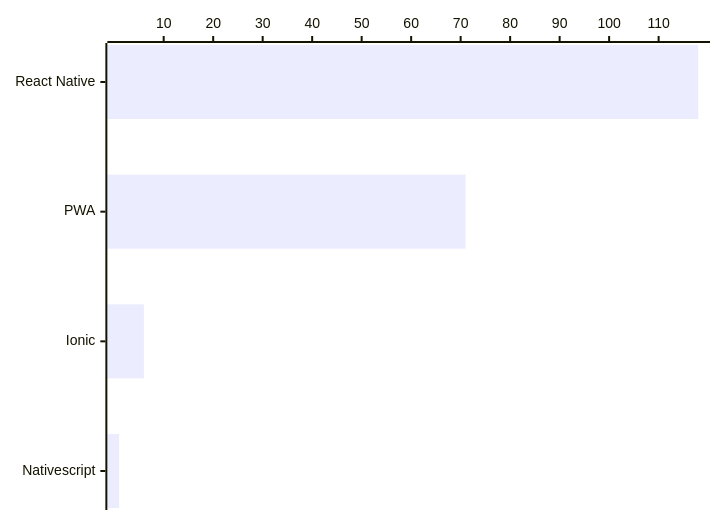
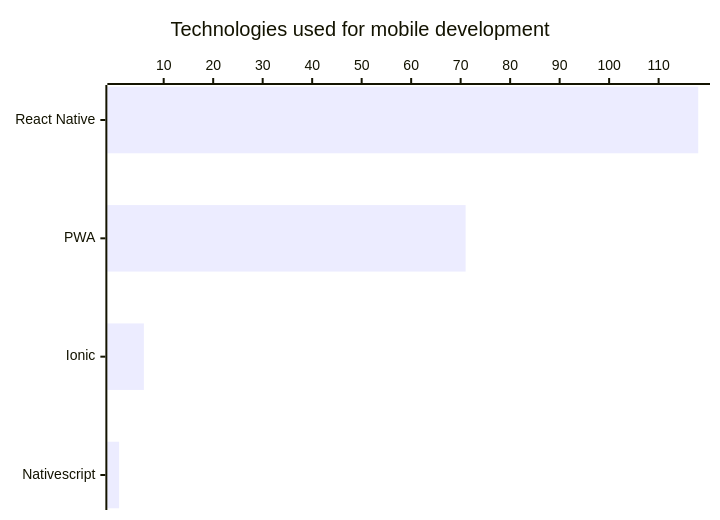
Before and after one commit to Fcmam5/state-of-dz-swe-2024: the third of 16 diagrams in website/docs/insights/technology-trends.md, drawn with Mermaid. The commit also changed other lines of this file and 1 other file, not shown here.

````diff
--- a/website/docs/insights/technology-trends.md
+++ b/website/docs/insights/technology-trends.md
@@ -62,5 +63,6 @@
 ```mermaid
 xychart-beta horizontal
+  title "Technologies used for mobile development"
   x-axis ["React Native", "PWA", "Ionic", "Nativescript"]
   bar [118, 71, 6, 1]
 ```
````
